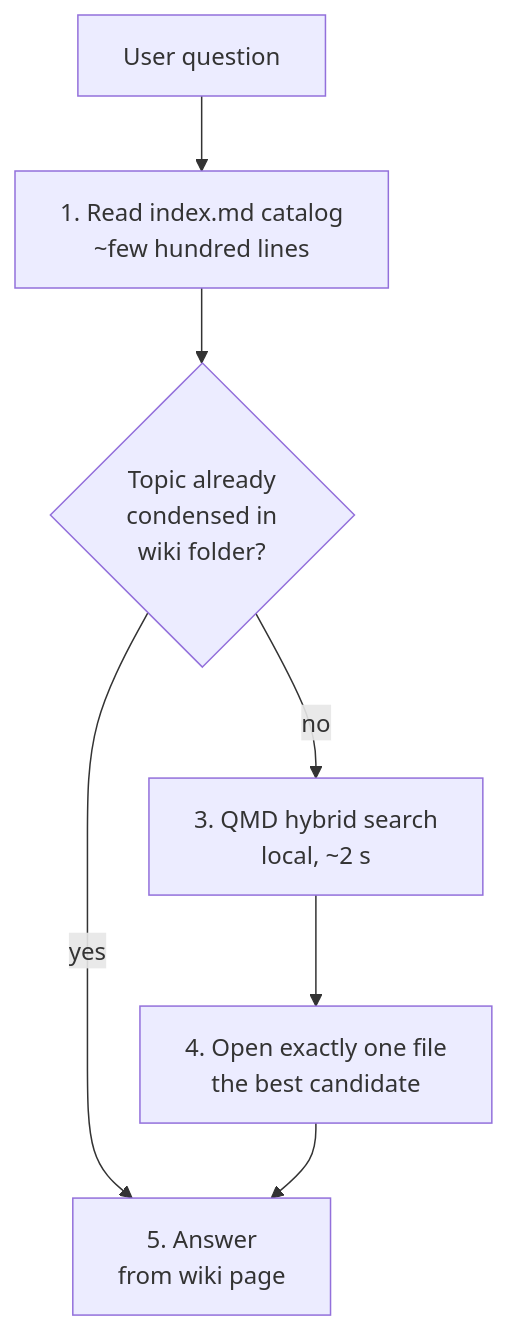
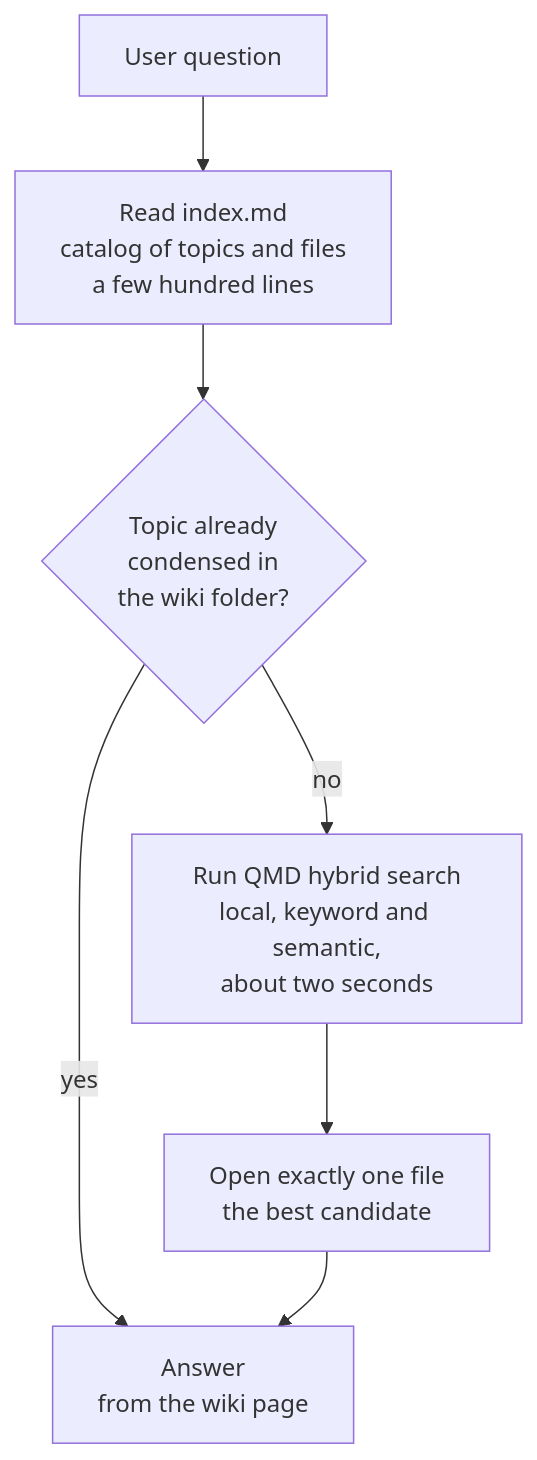
One commit to xdflatline/quartz changed the second of 6 diagrams in content/Research/second-brain-build.md. Above: the diagram before and after it, drawn with Mermaid. The commit also changed other lines of this file and 2 other files, not shown here.

````diff
--- a/content/Research/second-brain-build.md
+++ b/content/Research/second-brain-build.md
@@ -98,9 +98,9 @@
 ```mermaid
 flowchart TD
-    Q[User question] --> S1["1. Read index.md catalog<br/>~few hundred lines"]
-    S1 --> S2{Topic already<br/>condensed in<br/>wiki folder?}
-    S2 -- yes --> ANS["5. Answer<br/>from wiki page"]
-    S2 -- no --> S3["3. QMD hybrid search<br/>local, ~2 s"]
-    S3 --> S4["4. Open exactly one file<br/>the best candidate"]
+    Q[User question] --> S1[Read index.md<br/>catalog of topics and files<br/>a few hundred lines]
+    S1 --> S2{Topic already<br/>condensed in<br/>the wiki folder?}
+    S2 -- yes --> ANS[Answer<br/>from the wiki page]
+    S2 -- no --> S3[Run QMD hybrid search<br/>local, keyword and semantic,<br/>about two seconds]
+    S3 --> S4[Open exactly one file<br/>the best candidate]
     S4 --> ANS
 ```
````
